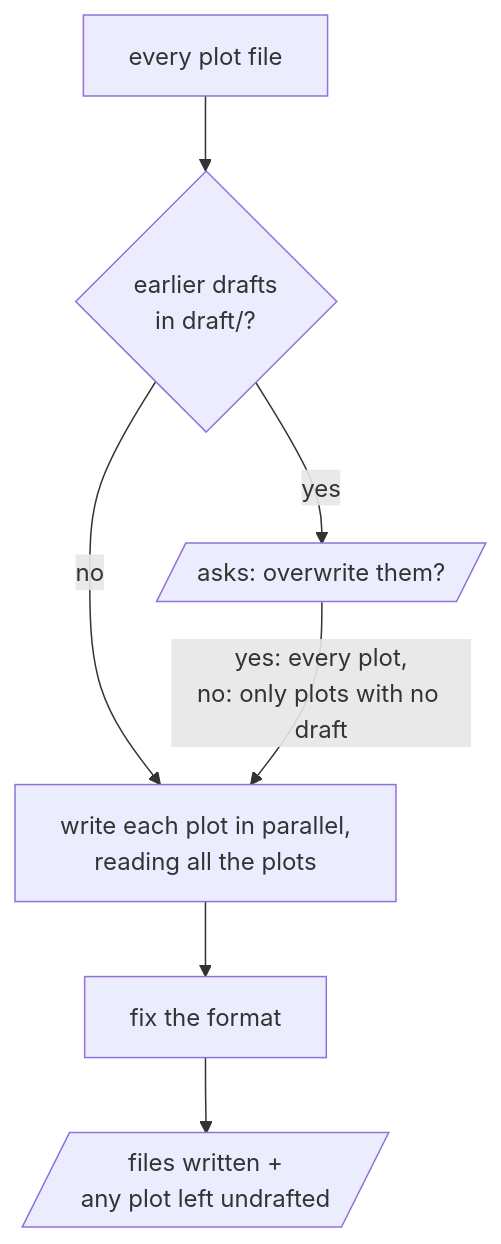
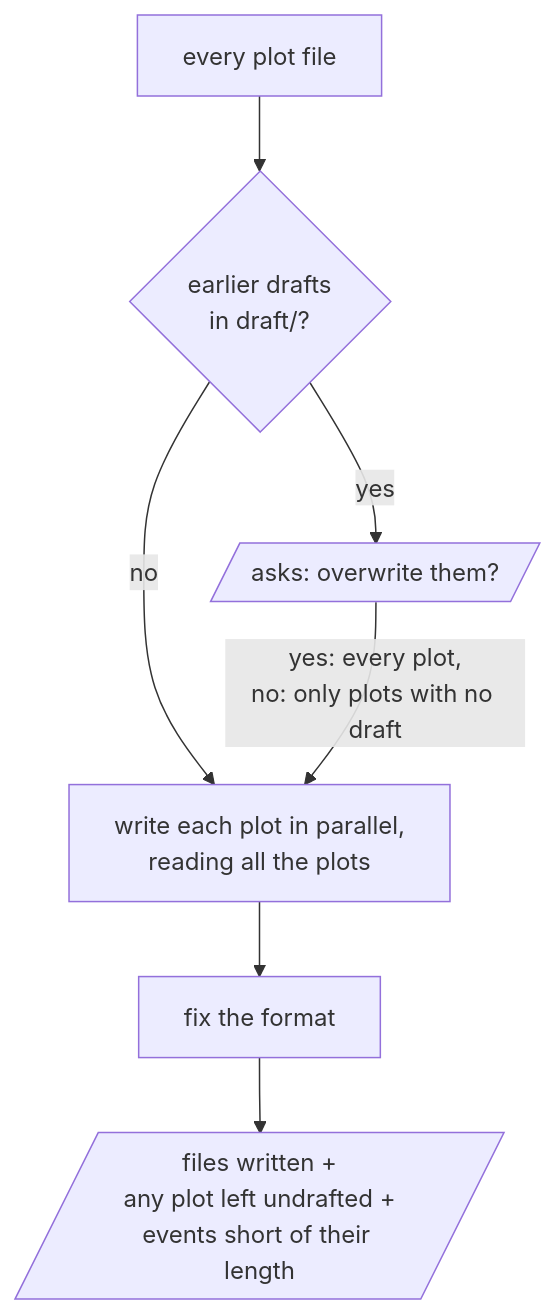
The diagram in domains/story/skills/draft-all/README.md (omni-stove/skill-kit), drawn with Mermaid before and after one commit. The commit also changed other lines of this file and 16 other files, not shown here.

````diff
--- a/domains/story/skills/draft-all/README.md
+++ b/domains/story/skills/draft-all/README.md
@@ -7,9 +7,9 @@
 ```mermaid
 flowchart TD
   input[every plot file] --> exists{earlier drafts<br/>in draft/?}
   exists -- "yes" --> ask[/asks: overwrite them?/]
   exists -- "no" --> write
   ask -- "yes: every plot,<br/>no: only plots with no draft" --> write[write each plot in parallel,<br/>reading all the plots]
   write --> format[fix the format]
-  format --> done[/"files written +<br/>any plot left undrafted"/]
+  format --> done[/"files written +<br/>any plot left undrafted +<br/>events short of their length"/]
 ```
````
